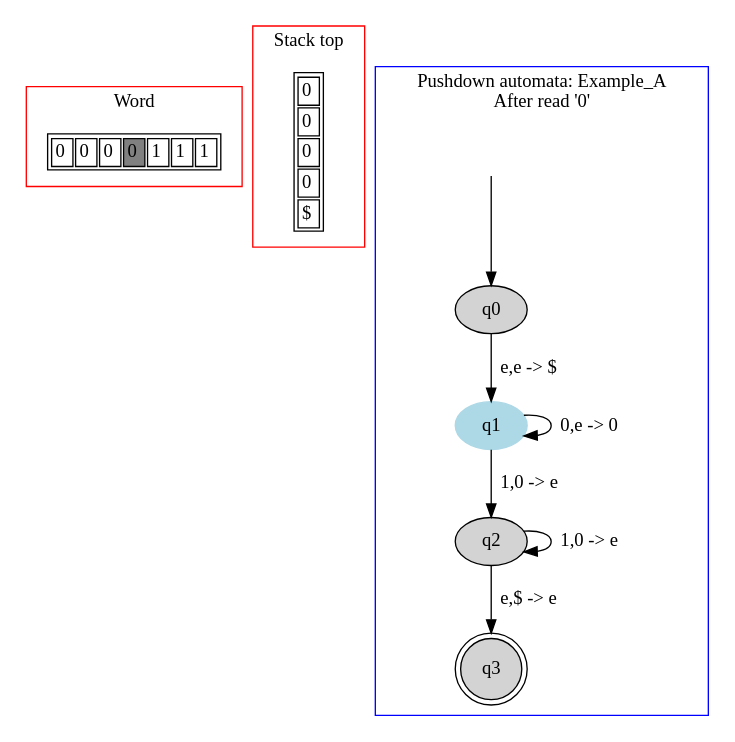
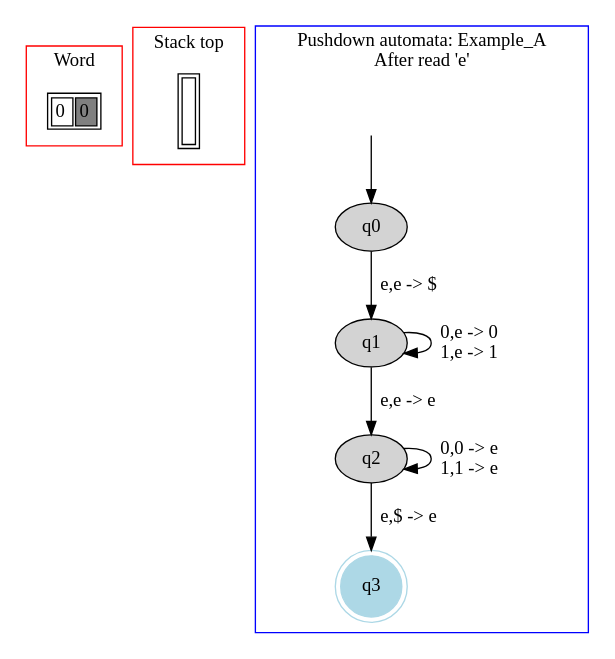
One commit to danielScLima/pushdown_automata changed the diagram in PA/images/file6.dot. Above: the diagram before and after it, drawn with Graphviz. The commit also changed 26 other files, not shown here.

```diff
--- a/PA/images/file6.dot
+++ b/PA/images/file6.dot
@@ -1,64 +1,45 @@
 digraph G {
 	subgraph cluster_0 {
 		node [shape=plaintext];
 
 struct1 [label=<<TABLE>
 <TR>
 <TD><FONT>0</FONT></TD>
-<TD><FONT>0</FONT></TD>
-<TD><FONT>0</FONT></TD>
 <TD BGCOLOR="gray"><FONT>0</FONT></TD>
-<TD><FONT>1</FONT></TD>
-<TD><FONT>1</FONT></TD>
-<TD><FONT>1</FONT></TD>
 </TR>
 </TABLE>>];
 label = "Word";
 color=red;
 }
 	subgraph cluster_2 {
 		node [shape=plaintext];
 
 struct2 [label=<<TABLE>
 <TR>
-<TD>
-0</TD>
-</TR>
-<TR>
-<TD>
-0</TD>
-</TR>
-<TR>
-<TD>
-0</TD>
-</TR>
-<TR>
-<TD>
-0</TD>
-</TR>
-<TR>
-<TD>
-$</TD>
+<TD width="10" height="50">
+</TD>
 </TR>
 </TABLE>>];
 label = "Stack top";
 color=red;
 }
 	subgraph cluster_1 {
 		node [style=filled];
 		label = "Pushdown automata: Example_A
-After read '0'"
+After read 'e'"
 		color=blue;
 
 		q0;
-		q1 [color="lightblue"];
+		q1;
 		q2;
-		q3 [shape="doublecircle"];
+		q3 [shape="doublecircle",color="lightblue"];
 		q0->q1[label="e,e -> $"];
-		q1->q1[label="0,e -> 0"];
-		q1->q2[label="1,0 -> e"];
-		q2->q2[label="1,0 -> e"];
+		q1->q1[label="0,e -> 0
+1,e -> 1"];
+		q1->q2[label="e,e -> e"];
+		q2->q2[label="0,0 -> e
+1,1 -> e"];
 		q2->q3[label="e,$ -> e"];
 x [color=white, label=""];		x->q0	}
 
 }
```
